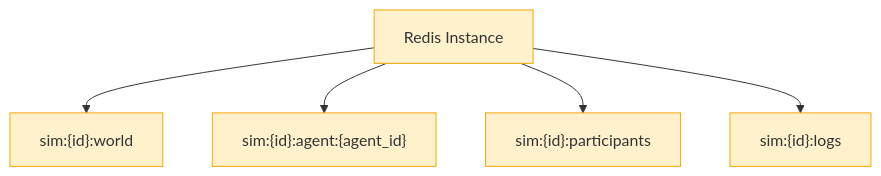
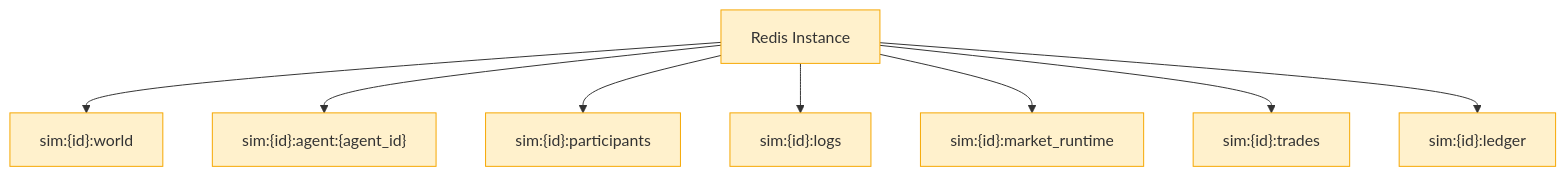
Before and after one commit to CeciliaGuo331/econ.simulator: the first of 3 diagrams in docs/dev_handbook/2_DATA_AND_STORAGE.md, drawn with Mermaid. The commit also changed other lines of this file and 25 other files, not shown here.

````diff
--- a/docs/dev_handbook/2_DATA_AND_STORAGE.md
+++ b/docs/dev_handbook/2_DATA_AND_STORAGE.md
@@ -28,14 +30,17 @@
 ```mermaid
 graph TD
   Redis["Redis Instance"] --> World["sim:#123;id#125;:world"]
   Redis --> Agent["sim:#123;id#125;:agent:#123;agent_id#125;"]
   Redis --> Participants["sim:#123;id#125;:participants"]
   Redis --> Logs["sim:#123;id#125;:logs"]
+  Redis --> Runtime["sim:#123;id#125;:market_runtime"]
+  Redis --> Trades["sim:#123;id#125;:trades"]
+  Redis --> Ledger["sim:#123;id#125;:ledger"]
 
     World:::node
     Agent:::node
     Participants:::node
     Logs:::node
 
     classDef node fill:#fff1cc,stroke:#f6a700,stroke-width:1px;
 ```
````
